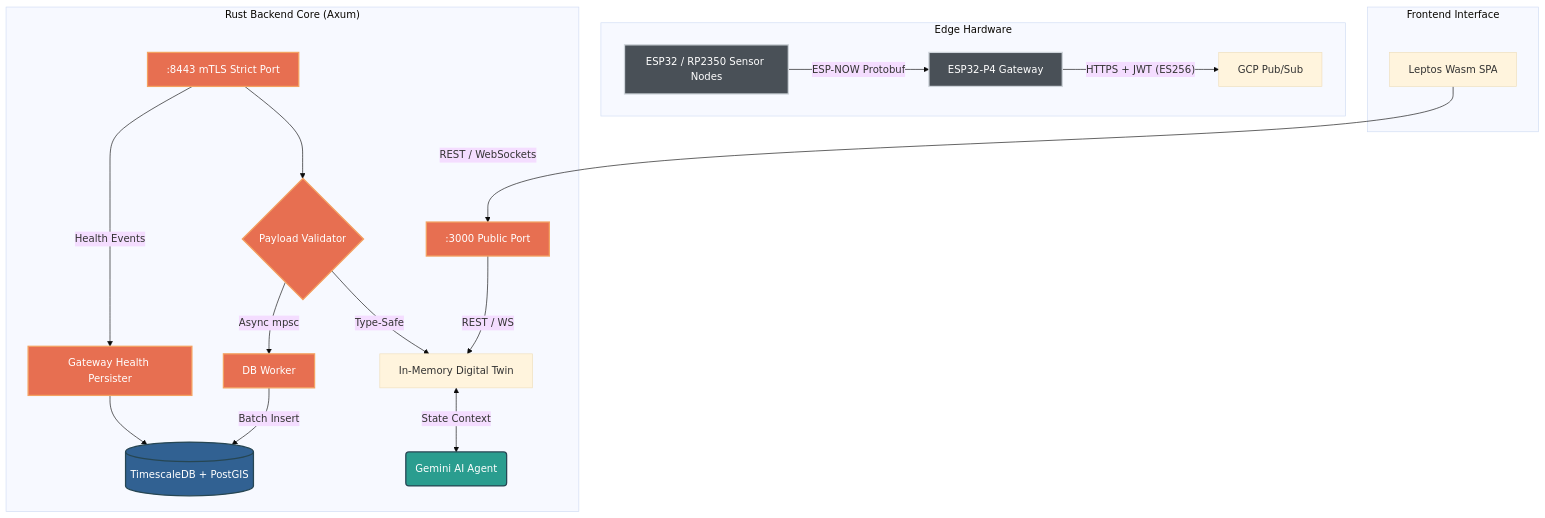
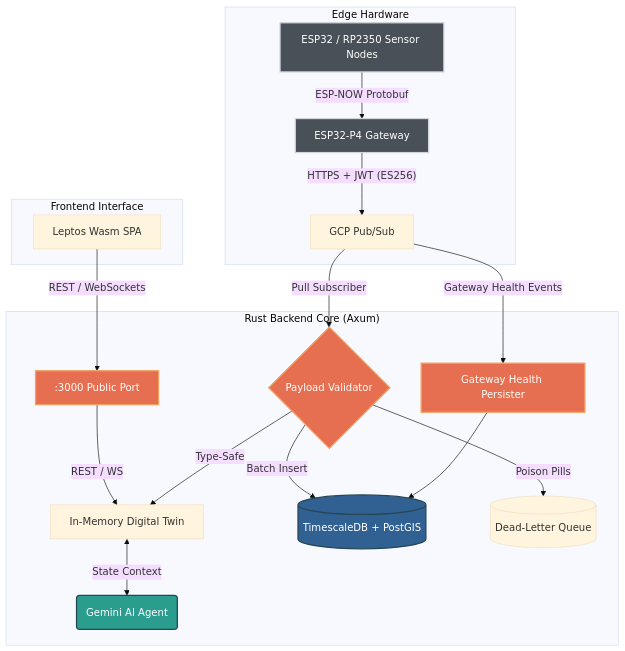
One commit to oscar-bio-dev/oscar-bio-dev changed the diagram in README.md. Above: the diagram before and after it, drawn with Mermaid (base theme). The commit also changed other lines of this file and 21 other files, not shown here.

Commit message:
feat(cloud): migrate backend ingestion to GCP Pub/Sub pull subscriber and add DLQ

````diff
--- a/README.md
+++ b/README.md
@@ -21,32 +21,32 @@
 ```mermaid
 graph TD
     subgraph Edge Hardware
         A[ESP32 / RP2350 Sensor Nodes] -->|ESP-NOW Protobuf| GW[ESP32-P4 Gateway]
         GW -->|"HTTPS + JWT (ES256)"| PS[GCP Pub/Sub]
     end
 
     subgraph "Rust Backend Core (Axum)"
         B_PUB[":3000 Public Port"] -->|REST / WS| DT[In-Memory Digital Twin]
-        B_MTLS[":8443 mTLS Strict Port"] --> V{Payload Validator}
+        PS -->|"Pull Subscriber"| V{Payload Validator}
         V -->|Type-Safe| DT
-        V -->|"Async mpsc"| W[DB Worker]
-        W -->|Batch Insert| DB[(TimescaleDB + PostGIS)]
+        V -->|Batch Insert| DB[(TimescaleDB + PostGIS)]
+        V -->|Poison Pills| DLQ[(Dead-Letter Queue)]
         DT <-->|State Context| AI(Gemini AI Agent)
-        B_MTLS -->|Health Events| GH[Gateway Health Persister]
+        PS -->|"Gateway Health Events"| GH[Gateway Health Persister]
         GH --> DB
     end
 
     subgraph Frontend Interface
         F[Leptos Wasm SPA] -->|REST / WebSockets| B_PUB
     end
 
     classDef hardware fill:#495057,stroke:#ced4da,stroke-width:2px,color:#fff;
     classDef rust fill:#e76f51,stroke:#f4a261,stroke-width:2px,color:#fff;
     classDef ai fill:#2a9d8f,stroke:#264653,stroke-width:2px,color:#fff;
     classDef db fill:#316192,stroke:#264653,stroke-width:2px,color:#fff;
 
     class A,GW hardware;
     class B_PUB,B_MTLS,V,W,GH rust;
     class AI ai;
     class DB db;
 ```
````
